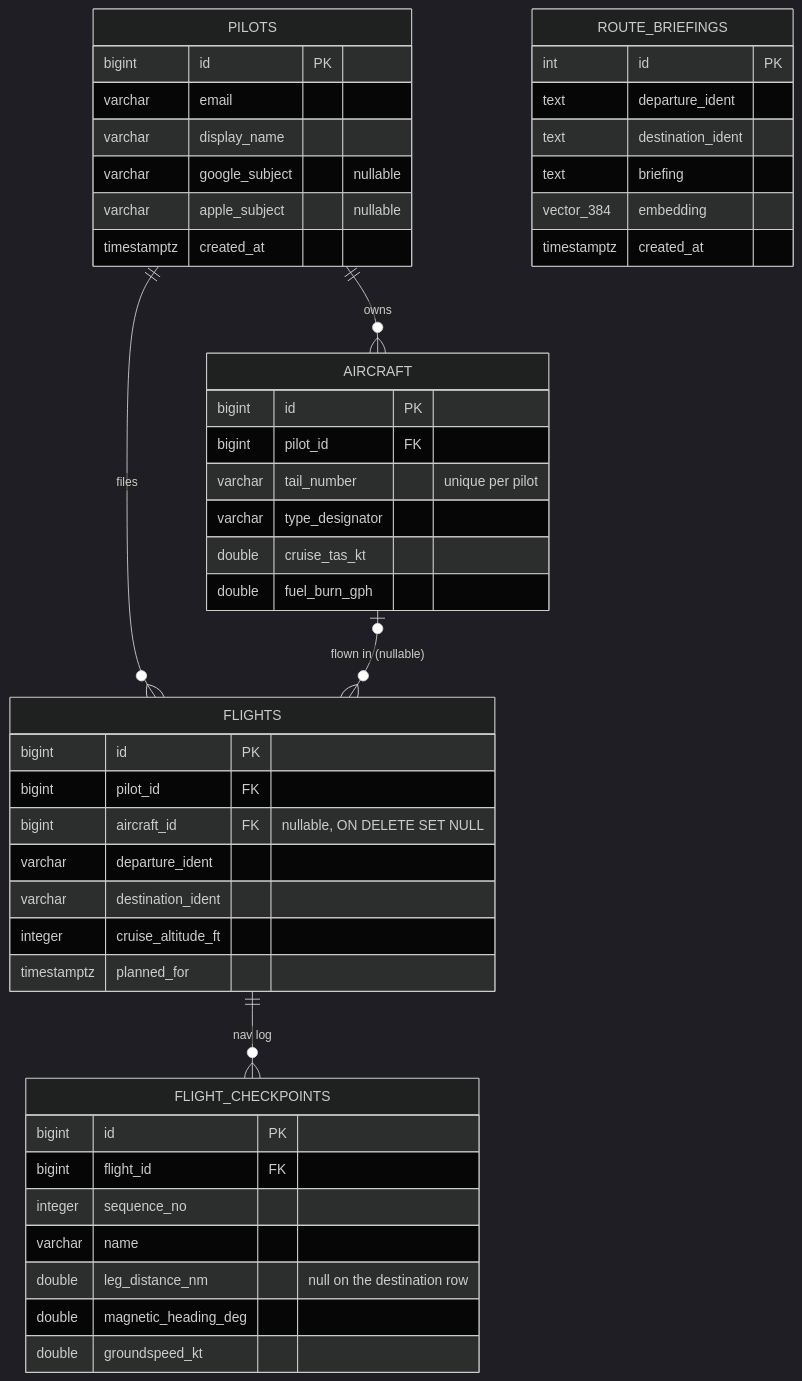
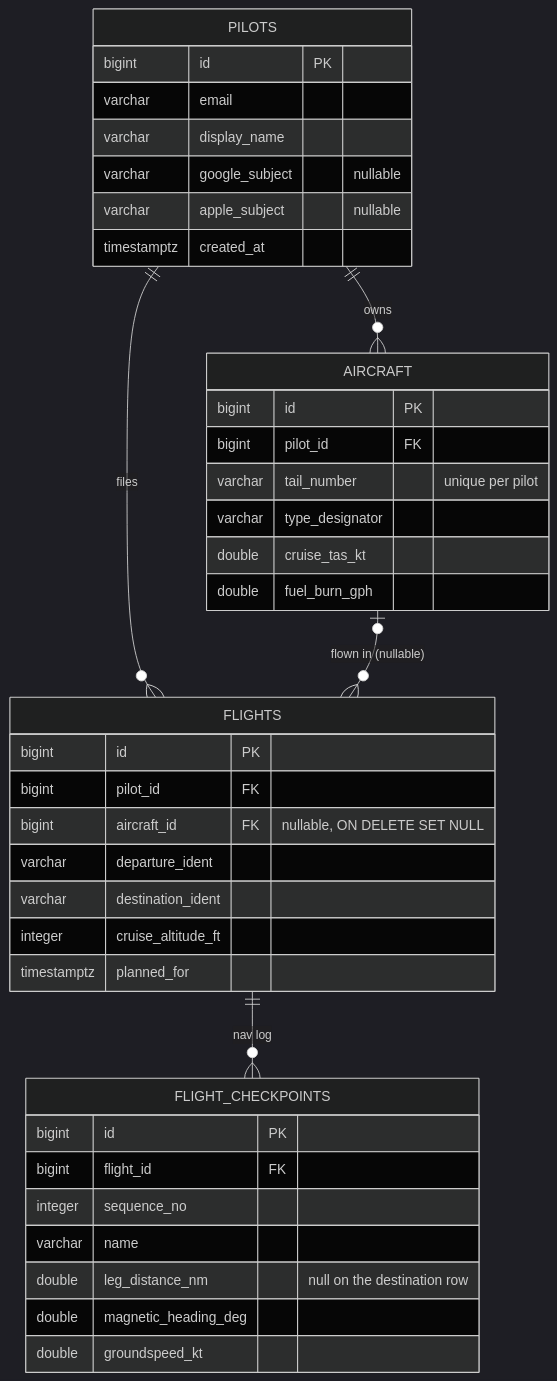
Before and after one commit to asdaq-samir/flight_plan: the diagram in docs/README.md, drawn with Mermaid (dark theme). The commit also changed other lines of this file and 109 other files, not shown here.

````diff
--- a/docs/README.md
+++ b/docs/README.md
@@ -292,49 +270,41 @@
 ```mermaid
 erDiagram
     PILOTS ||--o{ AIRCRAFT : owns
     PILOTS ||--o{ FLIGHTS : files
     AIRCRAFT |o--o{ FLIGHTS : "flown in (nullable)"
     FLIGHTS ||--o{ FLIGHT_CHECKPOINTS : "nav log"
     PILOTS {
         bigint id PK
         varchar email
         varchar display_name
         varchar google_subject "nullable"
         varchar apple_subject "nullable"
         timestamptz created_at
     }
     AIRCRAFT {
         bigint id PK
         bigint pilot_id FK
         varchar tail_number "unique per pilot"
         varchar type_designator
         double cruise_tas_kt
         double fuel_burn_gph
     }
     FLIGHTS {
         bigint id PK
         bigint pilot_id FK
         bigint aircraft_id FK "nullable, ON DELETE SET NULL"
         varchar departure_ident
         varchar destination_ident
         integer cruise_altitude_ft
         timestamptz planned_for
     }
     FLIGHT_CHECKPOINTS {
         bigint id PK
         bigint flight_id FK
         integer sequence_no
         varchar name
         double leg_distance_nm "null on the destination row"
         double magnetic_heading_deg
         double groundspeed_kt
     }
-    ROUTE_BRIEFINGS {
-        int id PK
-        text departure_ident
-        text destination_ident
-        text briefing
-        vector_384 embedding
-        timestamptz created_at
-    }
 ```
````
